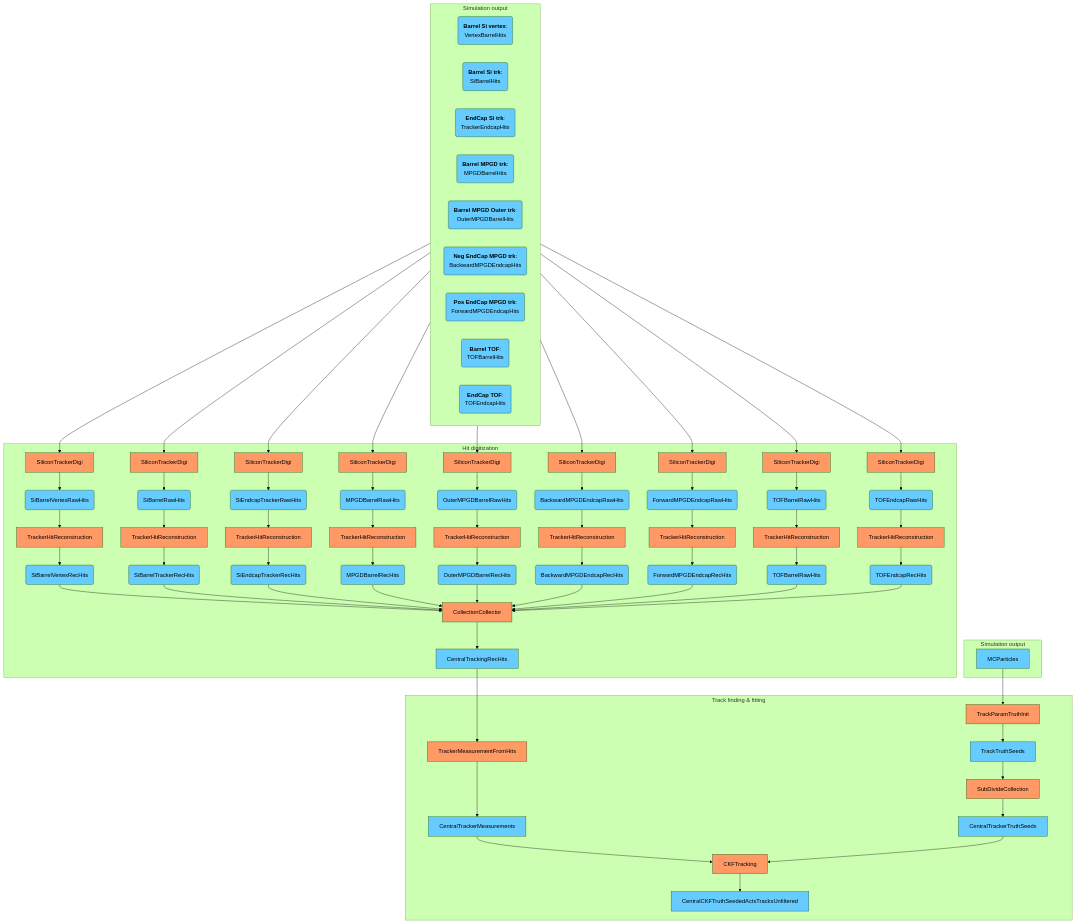
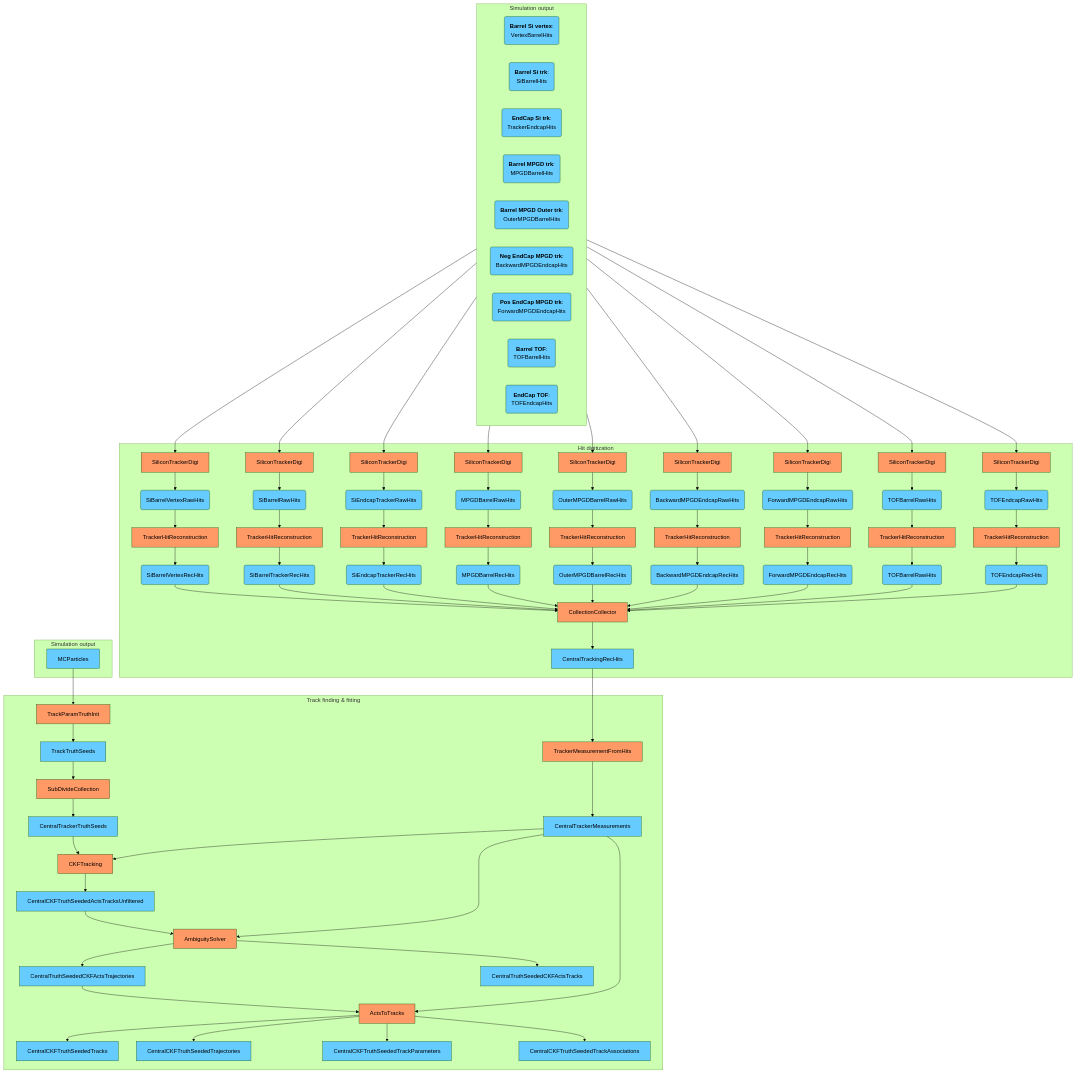
Before and after one commit to eic/EICrecon: the third of 3 diagrams in docs/design/tracking.md, drawn with Mermaid (forest theme). The commit also changed other lines of this file, not shown here.

```diff
--- a/docs/design/tracking.md
+++ b/docs/design/tracking.md
@@ -241,7 +241,21 @@
     CKFTracking:::alg
     TrackerHitsOnSurface --> CKFTracking
     CentralTrackerTruthSeeds --> CKFTracking
-    CKFTracking --> UnfilteredActsTracks[CentralCKFTruthSeededActsTracksUnfiltered]:::col    
+    CKFTracking --> UnfilteredActsTracks[CentralCKFTruthSeededActsTracksUnfiltered]:::col
+
+    AmbiguitySolver:::alg
+    UnfilteredActsTracks --> AmbiguitySolver
+    TrackerHitsOnSurface --> AmbiguitySolver
+    AmbiguitySolver --> CentralCKFActsTrajectories[CentralTruthSeededCKFActsTrajectories]:::col
+    AmbiguitySolver --> CentralCKFActsTracks[CentralTruthSeededCKFActsTracks]:::col
+
+    ActsToTracks:::alg
+    CentralCKFActsTrajectories --> ActsToTracks
+    TrackerHitsOnSurface --> ActsToTracks
+    ActsToTracks --> CentralCKFTruthSeededTracks:::col
+    ActsToTracks --> CentralCKFTruthSeededTrajectories:::col
+    ActsToTracks --> CentralCKFTruthSeededTrackParameters:::col
+    ActsToTracks --> CentralCKFTruthSeededTrackAssociations:::col 
 
   end
 
```
